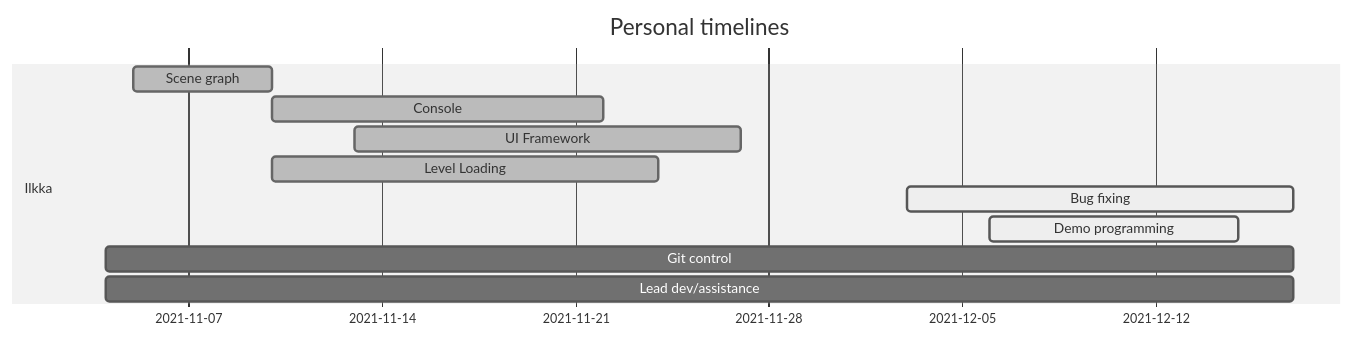
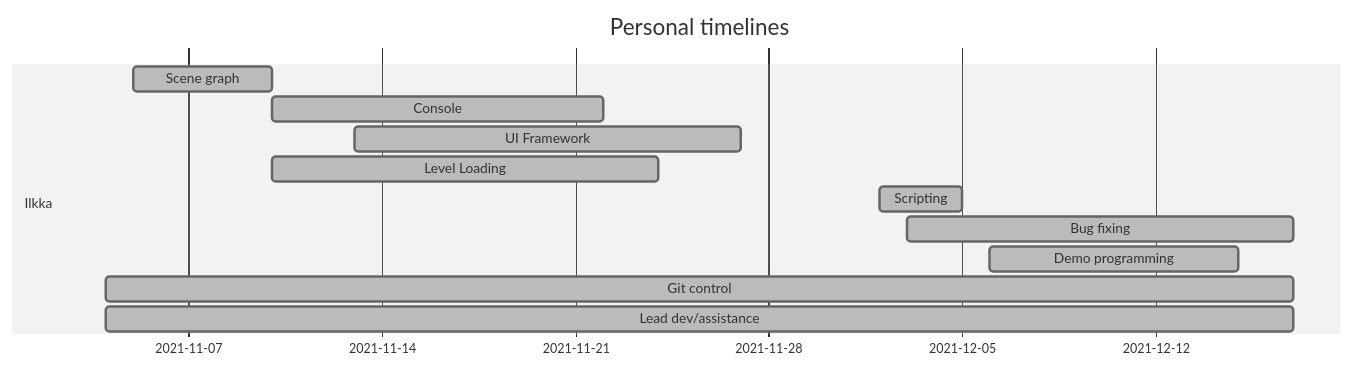
Before and after one commit to IlkkaTakala/Eril-Engine: the second of 6 diagrams in docs/ProjectPlan.md, drawn with Mermaid (neutral theme). The commit also changed other lines of this file and 2 other files, not shown here.

````diff
--- a/docs/ProjectPlan.md
+++ b/docs/ProjectPlan.md
@@ -75,15 +64,16 @@
 ```mermaid
 gantt
 dateFormat  DD-MM
 title Personal timelines
 
 section Ilkka
 Scene graph             :done,    ides1, 05-11, 5d
 Console                 :done,    ides2, after ides1, 12d
 UI Framework            :done,    ides6, 13-11, 14d 
 Level Loading           :done,    ides5, after ides1, 14d
-Bug fixing              :active,  ides6, 03-12, 17-12
-Demo programming        :active,  ides7, 06-12, 15-12
-Git control             :         ides3, 04-11, 17-12
-Lead dev/assistance     :         ides4, 04-11, 17-12
+Scripting               :done,    ides8, 02-12, 3d
+Bug fixing              :done,    ides6, 03-12, 17-12
+Demo programming        :done,    ides7, 06-12, 15-12
+Git control             :done,    ides3, 04-11, 17-12
+Lead dev/assistance     :done,    ides4, 04-11, 17-12
 ```
````
